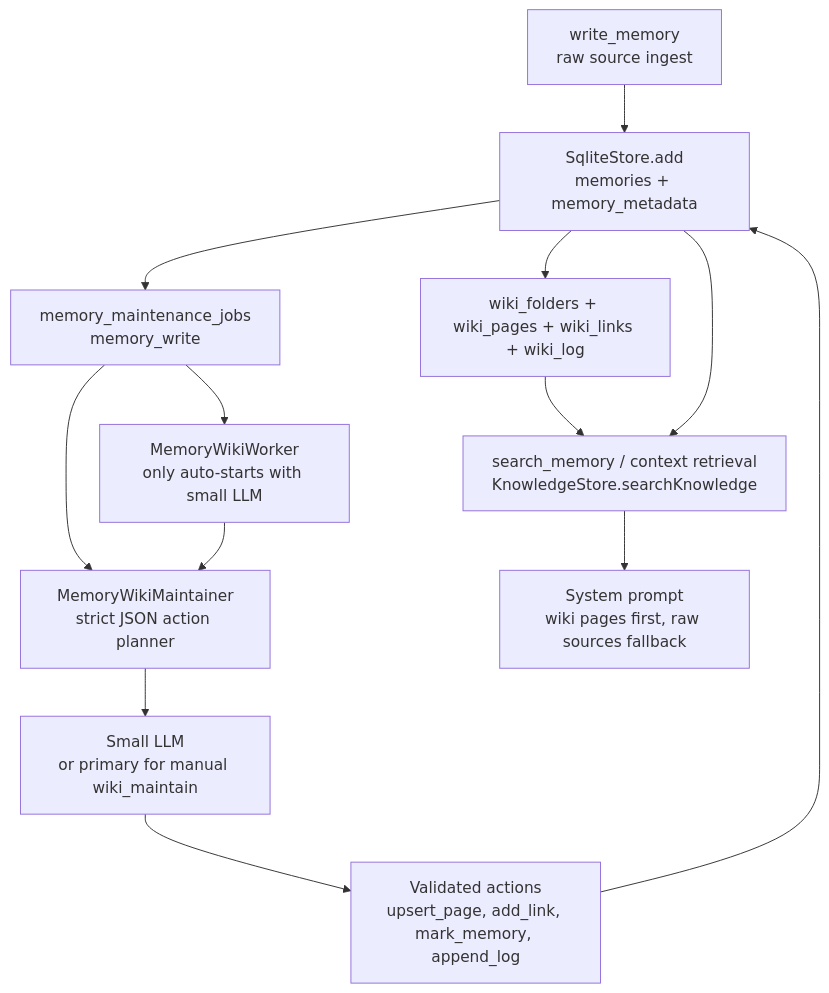
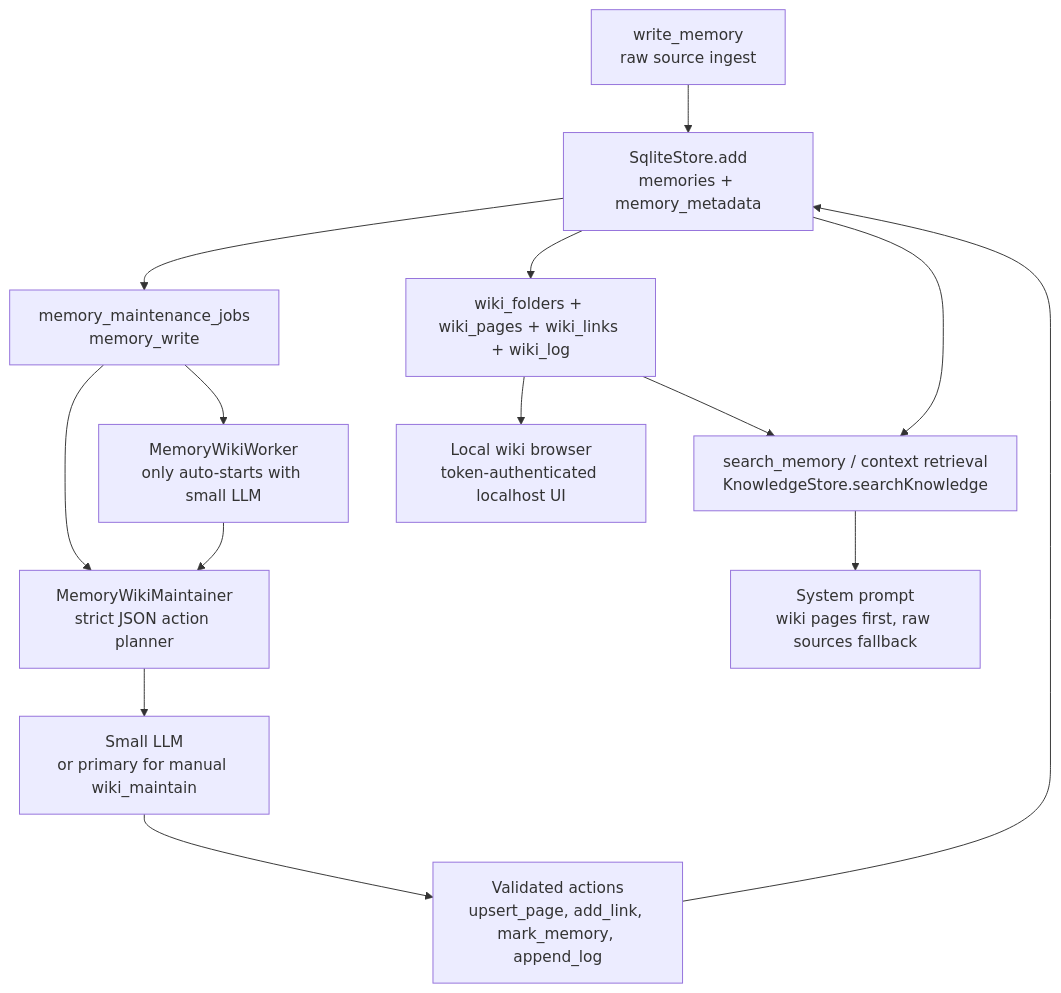
Before and after one commit to Crazy-Faust/miniclaw: the fourth of 6 diagrams in docs/ARCHITECTURE.md, drawn with Mermaid. The commit also changed other lines of this file and 17 other files, not shown here.

Commit message:
Add wiki browser and cap cron context

````diff
--- a/docs/ARCHITECTURE.md
+++ b/docs/ARCHITECTURE.md
@@ -178,26 +184,28 @@
 ```mermaid
 flowchart TB
   write["write_memory<br/>raw source ingest"]
   sqlite["SqliteStore.add<br/>memories + memory_metadata"]
   queue["memory_maintenance_jobs<br/>memory_write"]
   worker["MemoryWikiWorker<br/>only auto-starts with small LLM"]
   maintainer["MemoryWikiMaintainer<br/>strict JSON action planner"]
   small["Small LLM<br/>or primary for manual wiki_maintain"]
   actions["Validated actions<br/>upsert_page, add_link, mark_memory, append_log"]
   wiki["wiki_folders + wiki_pages + wiki_links + wiki_log"]
   search["search_memory / context retrieval<br/>KnowledgeStore.searchKnowledge"]
   prompt["System prompt<br/>wiki pages first, raw sources fallback"]
+  browser["Local wiki browser<br/>token-authenticated localhost UI"]
 
   write --> sqlite
   sqlite --> queue
   queue --> worker
   queue --> maintainer
   worker --> maintainer
   maintainer --> small
   small --> actions
   actions --> sqlite
   sqlite --> wiki
   wiki --> search
   sqlite --> search
   search --> prompt
+  wiki --> browser
 ```
````
